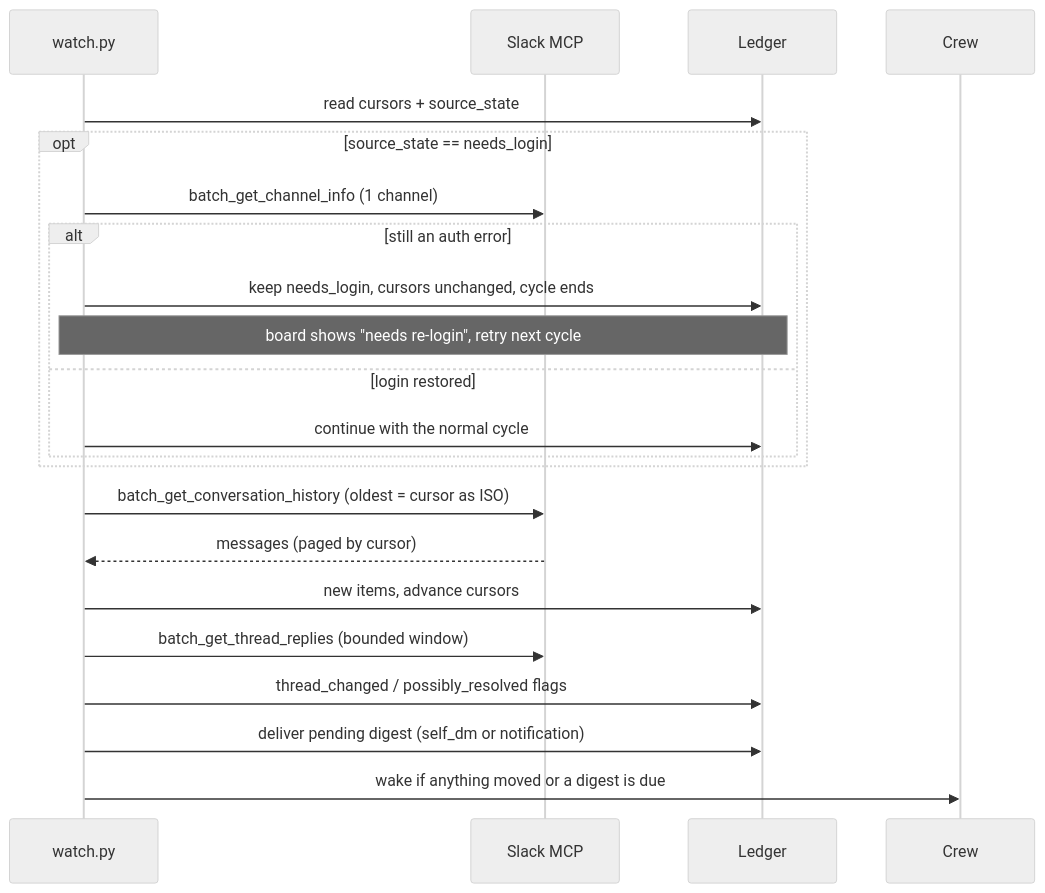
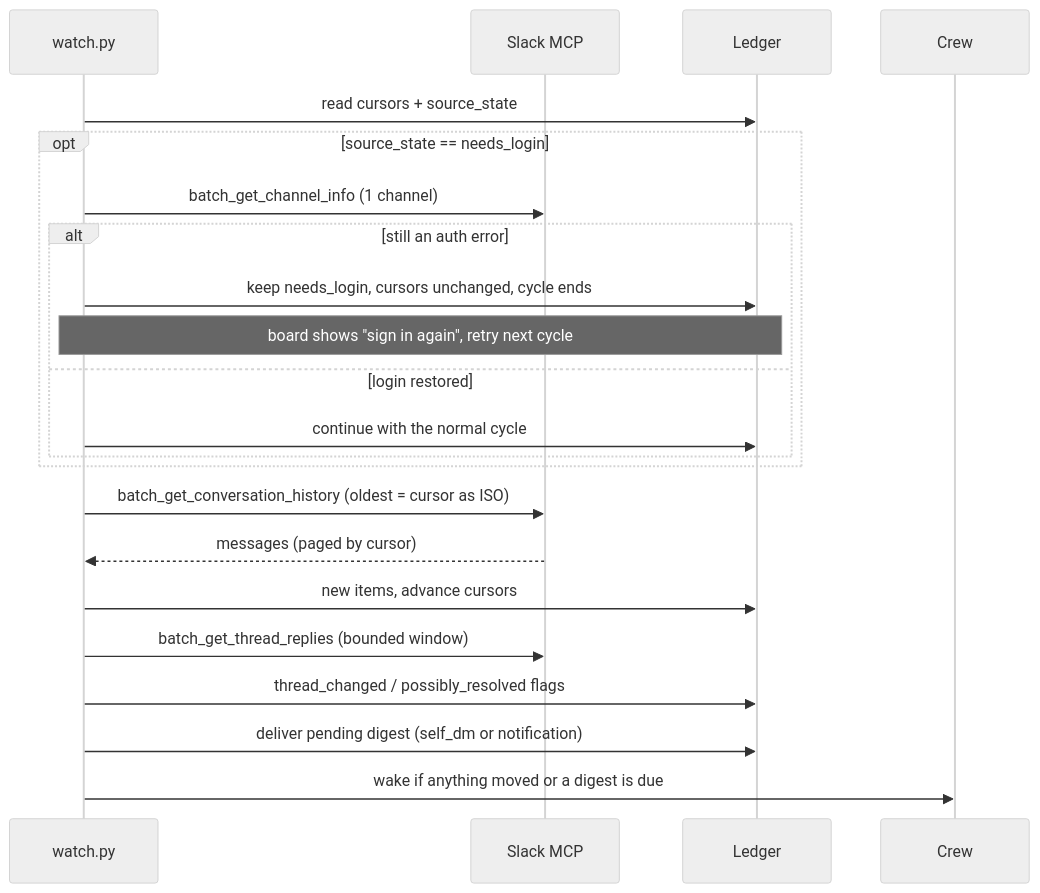
Before and after one commit to iamwhatever/slack-radar: the second of 2 diagrams in README.md, drawn with Mermaid (neutral theme). The commit also changed other lines of this file and 8 other files, not shown here.

````diff
--- a/README.md
+++ b/README.md
@@ -71,24 +71,24 @@
 ```mermaid
 sequenceDiagram
   participant W as watch.py
   participant M as Slack MCP
   participant L as Ledger
   participant C as Crew
   W->>L: read cursors + source_state
   opt source_state == needs_login
     W->>M: batch_get_channel_info (1 channel)
     alt still an auth error
       W->>L: keep needs_login, cursors unchanged, cycle ends
-      Note over W,L: board shows "needs re-login", retry next cycle
+      Note over W,L: board shows "sign in again", retry next cycle
     else login restored
       W->>L: continue with the normal cycle
     end
   end
   W->>M: batch_get_conversation_history (oldest = cursor as ISO)
   M-->>W: messages (paged by cursor)
   W->>L: new items, advance cursors
   W->>M: batch_get_thread_replies (bounded window)
   W->>L: thread_changed / possibly_resolved flags
   W->>L: deliver pending digest (self_dm or notification)
   W->>C: wake if anything moved or a digest is due
 ```
````
